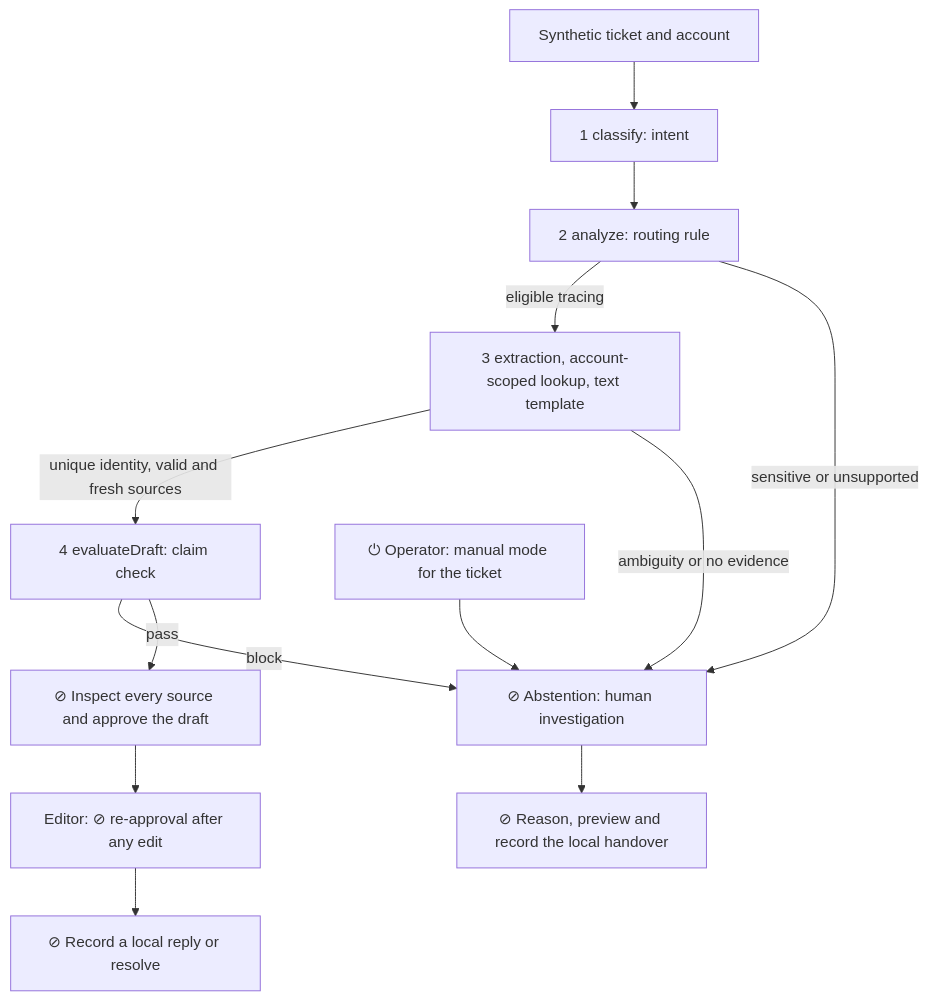
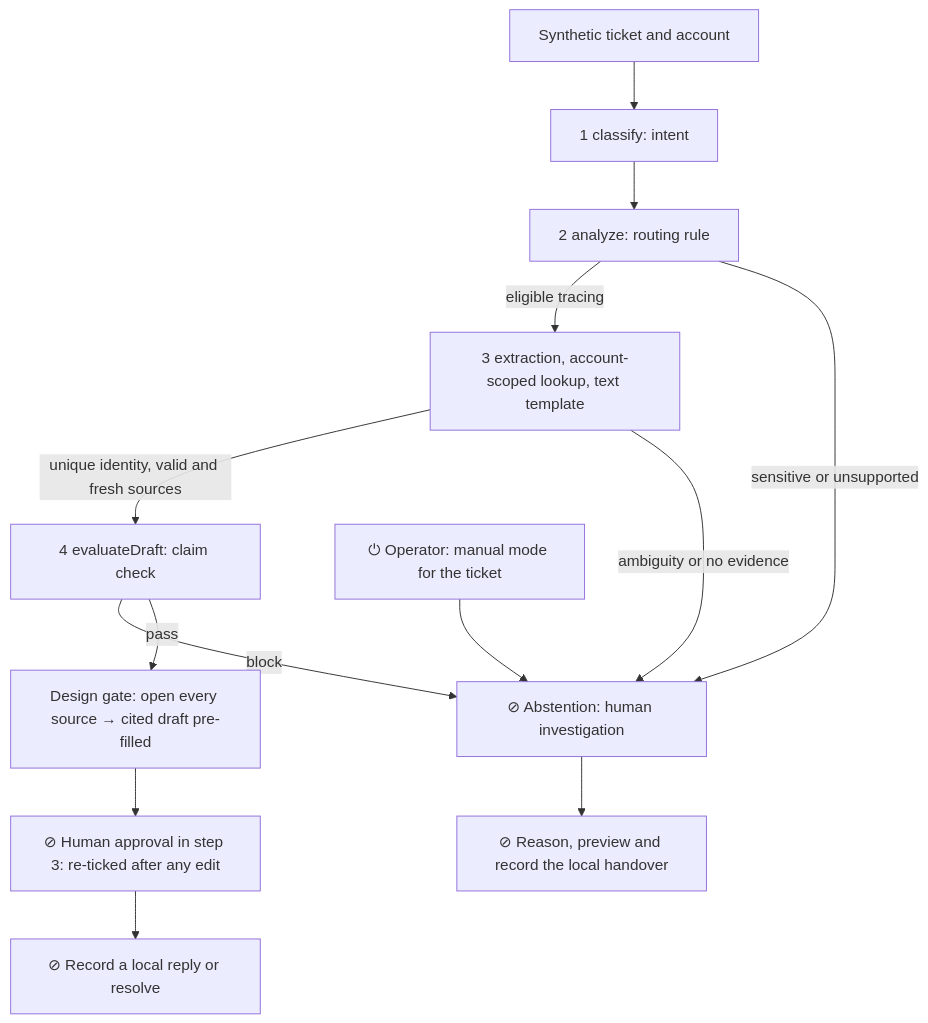
The diagram in 04_architecture.md (lsantus-mines/deploy-project-product-management), drawn with Mermaid before and after one commit. The commit also changed other lines of this file and 9 other files, not shown here.

````diff
--- a/04_architecture.md
+++ b/04_architecture.md
@@ -9,15 +9,15 @@
 ```mermaid
 flowchart TD
   A[Synthetic ticket and account] --> B[1 classify: intent]
   B --> C[2 analyze: routing rule]
   C -->|eligible tracing| D[3 extraction, account-scoped lookup, text template]
   C -->|sensitive or unsupported| H[⊘ Abstention: human investigation]
   D -->|unique identity, valid and fresh sources| E[4 evaluateDraft: claim check]
   D -->|ambiguity or no evidence| H
   E -->|block| H
-  E -->|pass| F[⊘ Inspect every source and approve the draft]
-  F --> G[Editor: ⊘ re-approval after any edit]
+  E -->|pass| F[Design gate: open every source → cited draft pre-filled]
+  F --> G[⊘ Human approval in step 3: re-ticked after any edit]
   G --> I[⊘ Record a local reply or resolve]
   H --> J[⊘ Reason, preview and record the local handover]
   S[⏻ Operator: manual mode for the ticket] --> H
 ```
````
